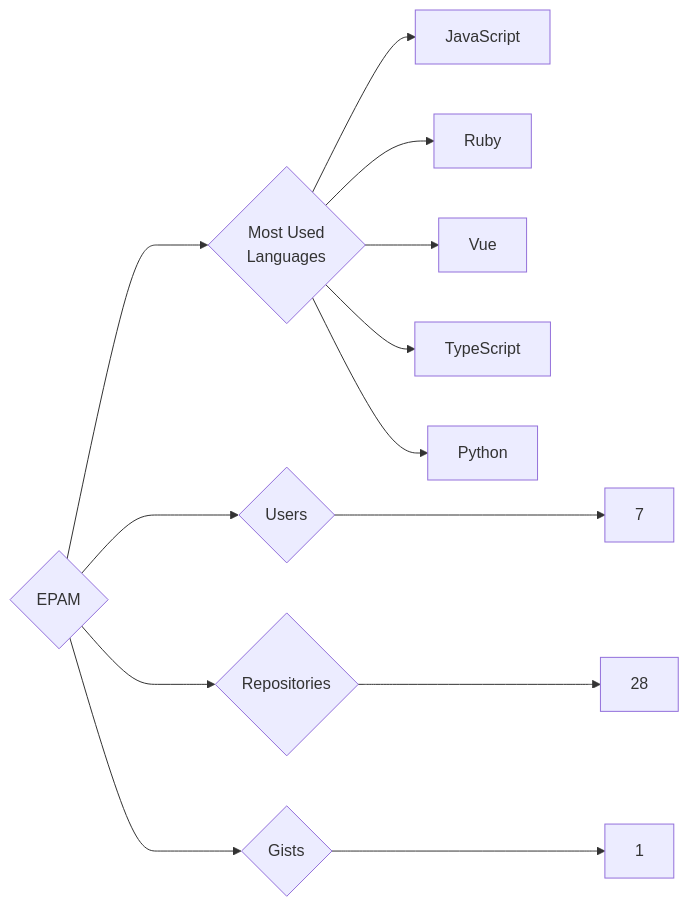
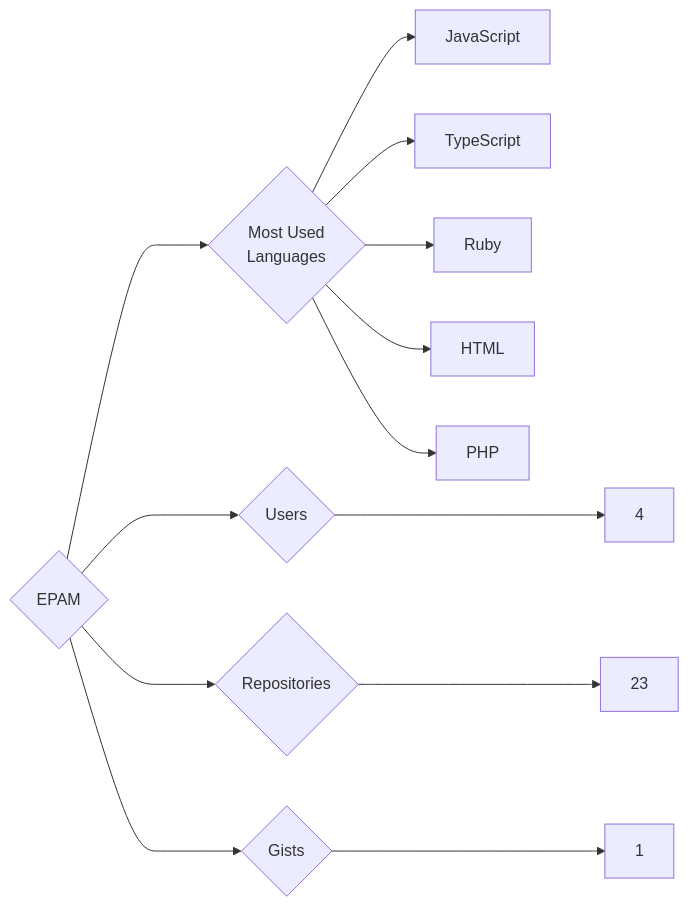
One commit to trickest/insiders changed the diagram in targets/EPAM/README.md. Above: the diagram before and after it, drawn with Mermaid. The commit also changed 880 other files, not shown here.

````diff
--- a/targets/EPAM/README.md
+++ b/targets/EPAM/README.md
@@ -3,13 +3,13 @@
 ```mermaid
 graph LR
 COMPANY_NAME{EPAM}
-COMPANY_NAME ---> U{Users} ---> UN[7]
-COMPANY_NAME ---> R{Repositories} ---> RN[28]
+COMPANY_NAME ---> U{Users} ---> UN[4]
+COMPANY_NAME ---> R{Repositories} ---> RN[23]
 COMPANY_NAME ---> G{Gists} ---> GN[1]
 COMPANY_NAME ---> ML{Most Used<br>Languages}
 ML --> JavaScript[JavaScript]
+ML --> TypeScript[TypeScript]
 ML --> Ruby[Ruby]
-ML --> Vue[Vue]
-ML --> TypeScript[TypeScript]
-ML --> Python[Python]
+ML --> HTML[HTML]
+ML --> PHP[PHP]
 ```
````
